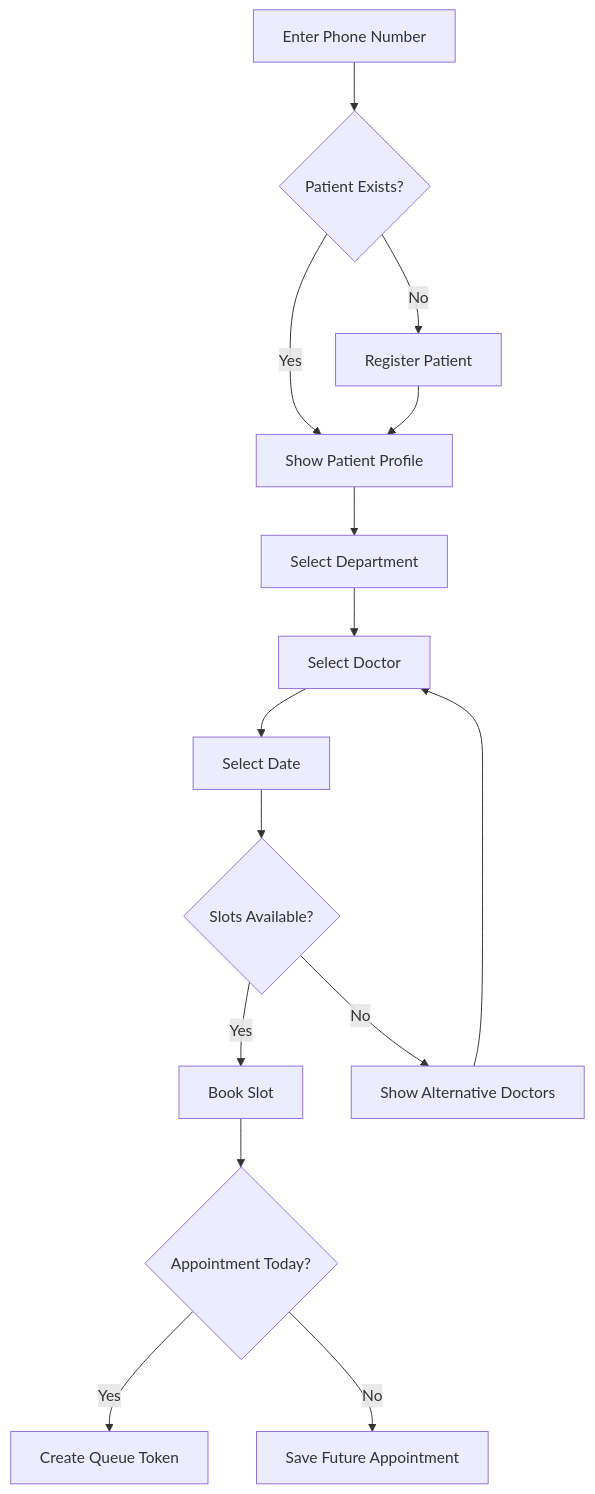
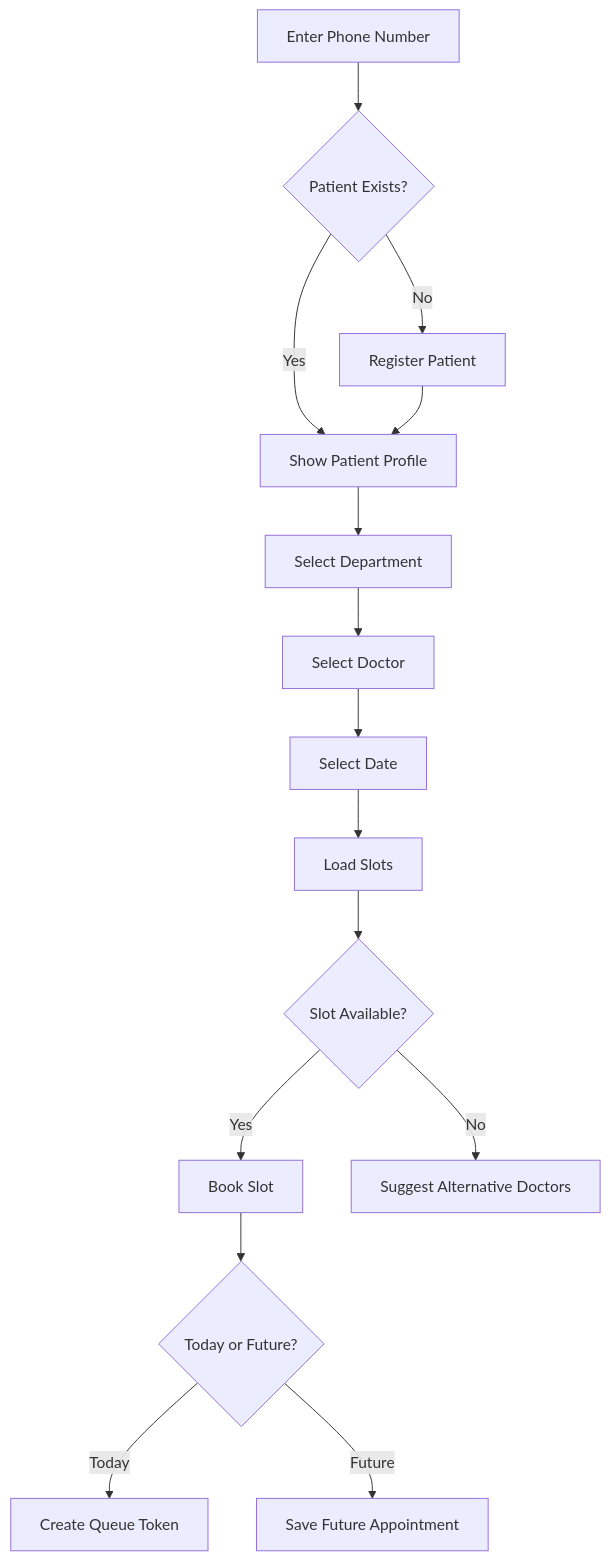
Before and after one commit to shaahir27/HealthDesk: the second of 7 diagrams in SYSTEM_FLOW.md, drawn with Mermaid. The commit also changed other lines of this file and 19 other files, not shown here.

````diff
--- a/SYSTEM_FLOW.md
+++ b/SYSTEM_FLOW.md
@@ -144,17 +180,17 @@
 ```mermaid
 flowchart TD
     A[Enter Phone Number] --> B{Patient Exists?}
     B -->|Yes| C[Show Patient Profile]
     B -->|No| D[Register Patient]
     D --> C
     C --> E[Select Department]
     E --> F[Select Doctor]
     F --> G[Select Date]
-    G --> H{Slots Available?}
-    H -->|Yes| I[Book Slot]
-    H -->|No| J[Show Alternative Doctors]
-    J --> F
-    I --> K{Appointment Today?}
-    K -->|Yes| L[Create Queue Token]
-    K -->|No| M[Save Future Appointment]
+    G --> H[Load Slots]
+    H --> I{Slot Available?}
+    I -->|Yes| J[Book Slot]
+    I -->|No| K[Suggest Alternative Doctors]
+    J --> L{Today or Future?}
+    L -->|Today| M[Create Queue Token]
+    L -->|Future| N[Save Future Appointment]
 ```
````
